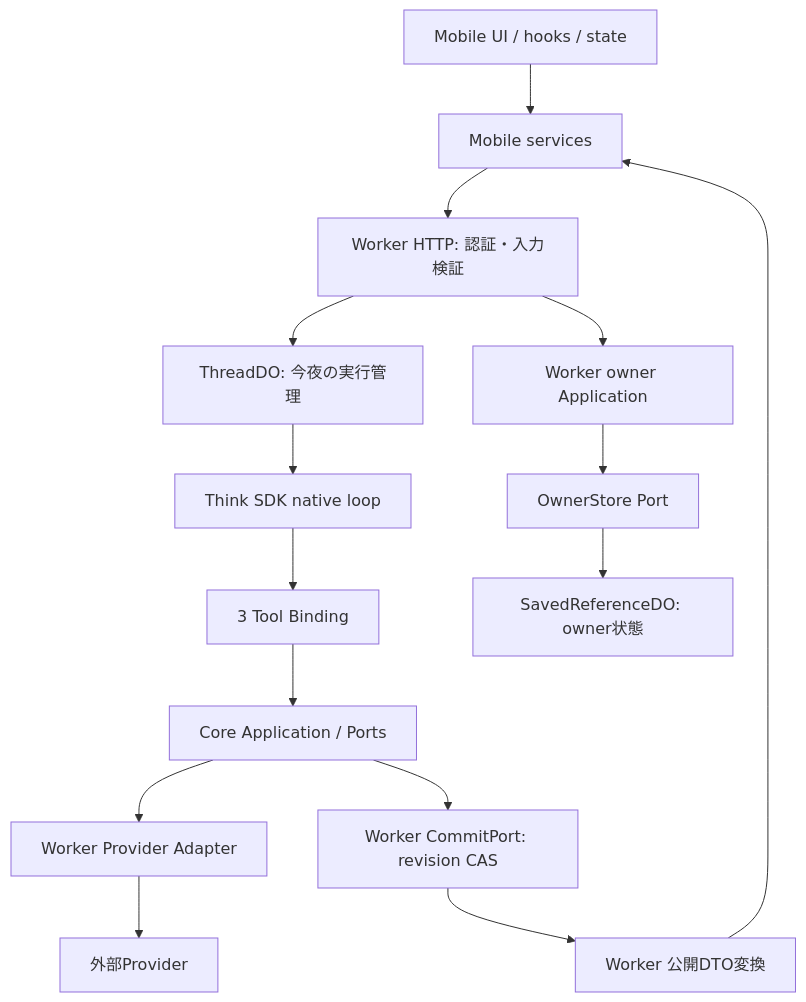
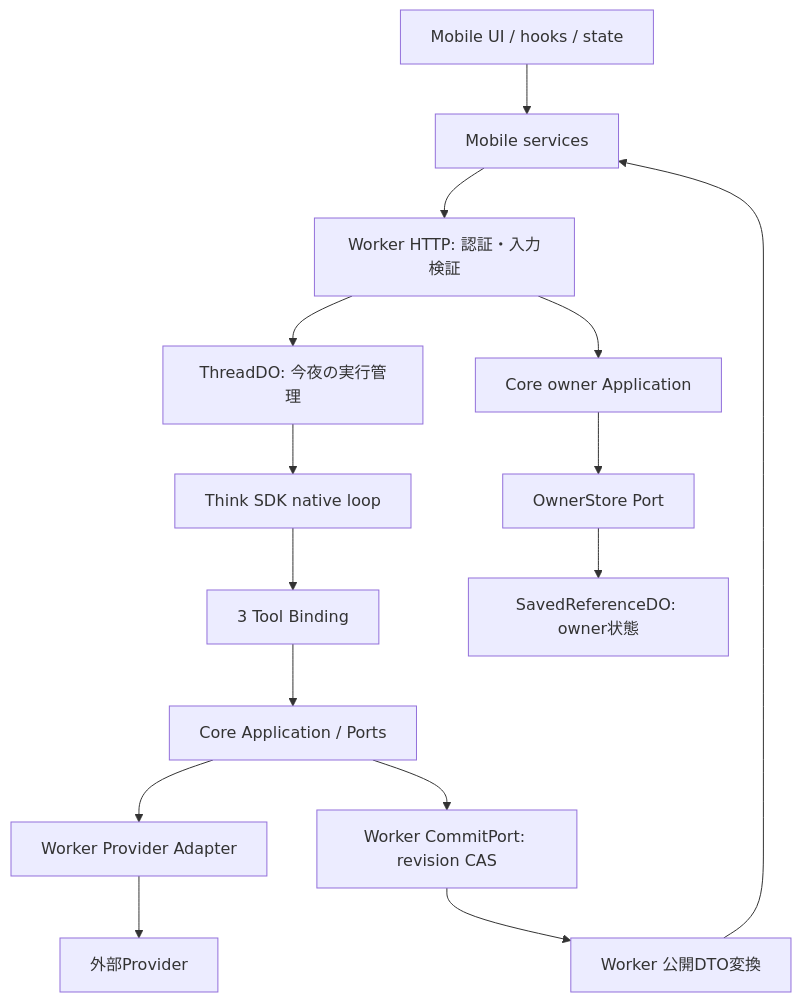
The second of 2 diagrams in docs/architecture.md (takapom/ima-app), drawn with Mermaid before and after one commit. The commit also changed other lines of this file and 672 other files, not shown here.

````diff
--- a/docs/architecture.md
+++ b/docs/architecture.md
@@ -47,17 +87,17 @@
 ```mermaid
 flowchart TD
   UI[Mobile UI / hooks / state] --> Service[Mobile services]
   Service --> HTTP[Worker HTTP: 認証・入力検証]
   HTTP --> Thread[ThreadDO: 今夜の実行管理]
   Thread --> Think[Think SDK native loop]
   Think --> Tools[3 Tool Binding]
   Tools --> App[Core Application / Ports]
   App --> Adapter[Worker Provider Adapter]
   Adapter --> Provider[外部Provider]
   App --> Commit[Worker CommitPort: revision CAS]
   Commit --> DTO[Worker 公開DTO変換]
   DTO --> Service
-  HTTP --> OwnerApp[Worker owner Application]
+  HTTP --> OwnerApp[Core owner Application]
   OwnerApp --> Port[OwnerStore Port]
   Port --> Store[SavedReferenceDO: owner状態]
 ```
````
